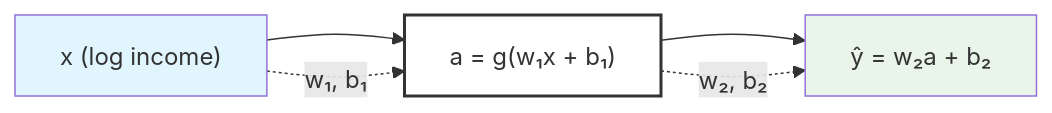
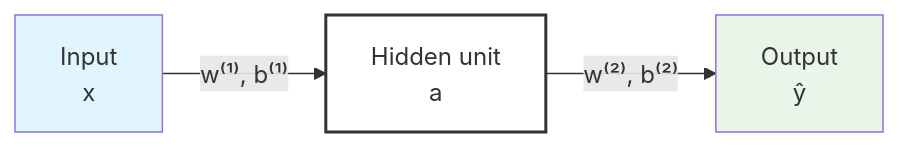
One commit to onnokleen/mlmetrics changed the fourth of 4 diagrams in feed_forward_nns.qmd. Above: the diagram before and after it, drawn with Mermaid. The commit also changed other lines of this file and 35 other files, not shown here.

````diff
--- a/feed_forward_nns.qmd
+++ b/feed_forward_nns.qmd
@@ -1508,21 +1510,17 @@
 ```{mermaid}
 %%| label: fig-ex52-network
-%%| fig-cap: "The single-hidden-layer network of Exercise 5.2. Log income $x$ enters one sigmoid hidden unit $a = g(w_1 x + b_1)$, whose output feeds the linear output $\\hat{y} = w_2 a + b_2$; the dashed arrows indicate which parameters act on each connection."
+%%| fig-cap: "The single-hidden-layer network of Exercise 5.2. Log income $x$ enters one sigmoid hidden unit $a = g(w^{(1)} x + b^{(1)})$, whose output feeds the linear output $\\hat{y} = w^{(2)} a + b^{(2)}$. The arrow labels identify the parameters acting on each connection."
 flowchart LR
     %% Network nodes
-    X["x (log income)"] --> H["a = g(w₁x + b₁)"]
-    H --> Y["ŷ = w₂a + b₂"]
-    
-    %% Weight labels
-    X -.->|"w₁, b₁"| H
-    H -.->|"w₂, b₂"| Y
+    X["Input<br/>x"] -->|"w⁽¹⁾, b⁽¹⁾"| H["Hidden unit<br/>a"]
+    H -->|"w⁽²⁾, b⁽²⁾"| Y["Output<br/>ŷ"]
     
     %% Styling
     classDef input fill:#e1f5fe
     classDef hiddenlayer fill:none,stroke:#333,stroke-width:2px
     classDef output fill:#e8f5e8
     
     class X input
     class H hiddenlayer
     class Y output
 ```
````
